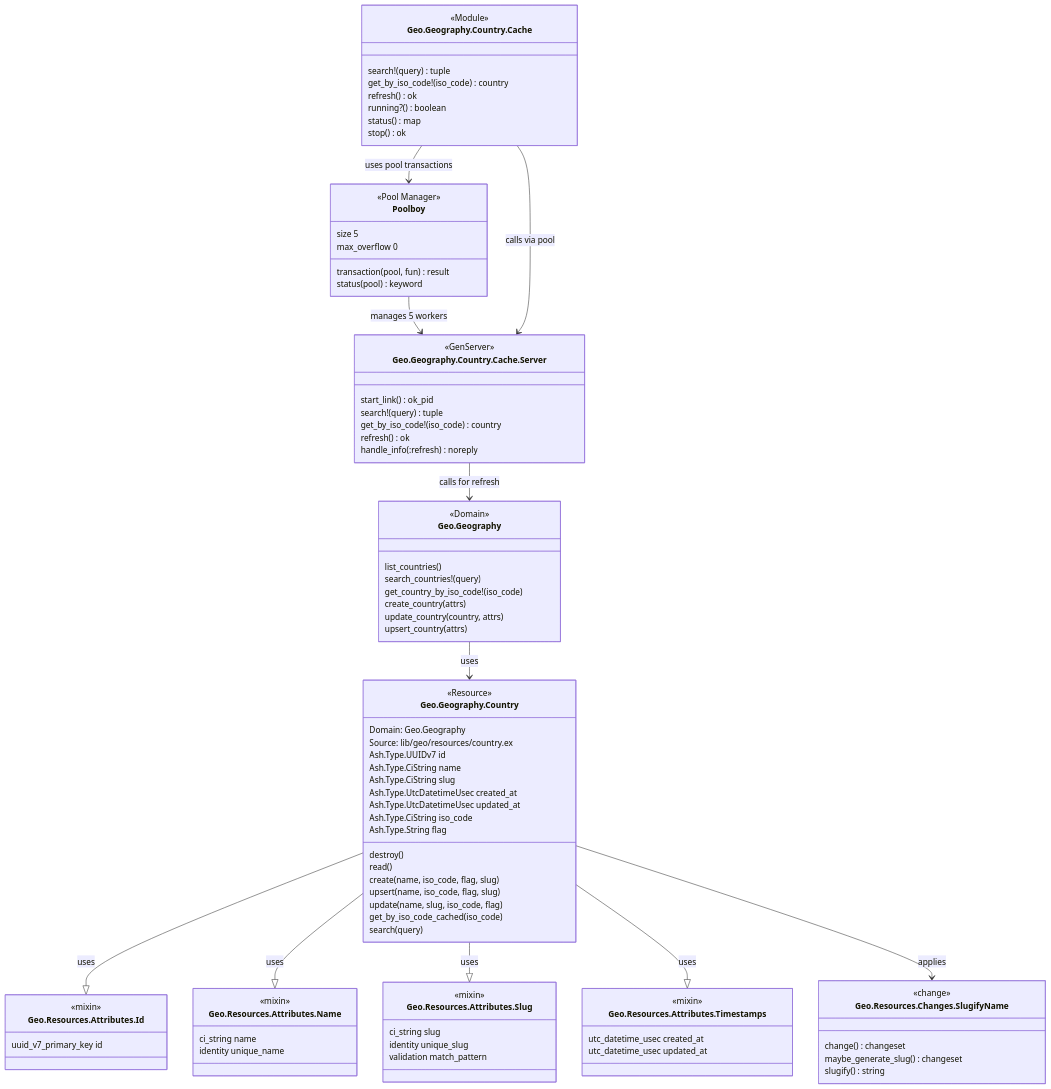
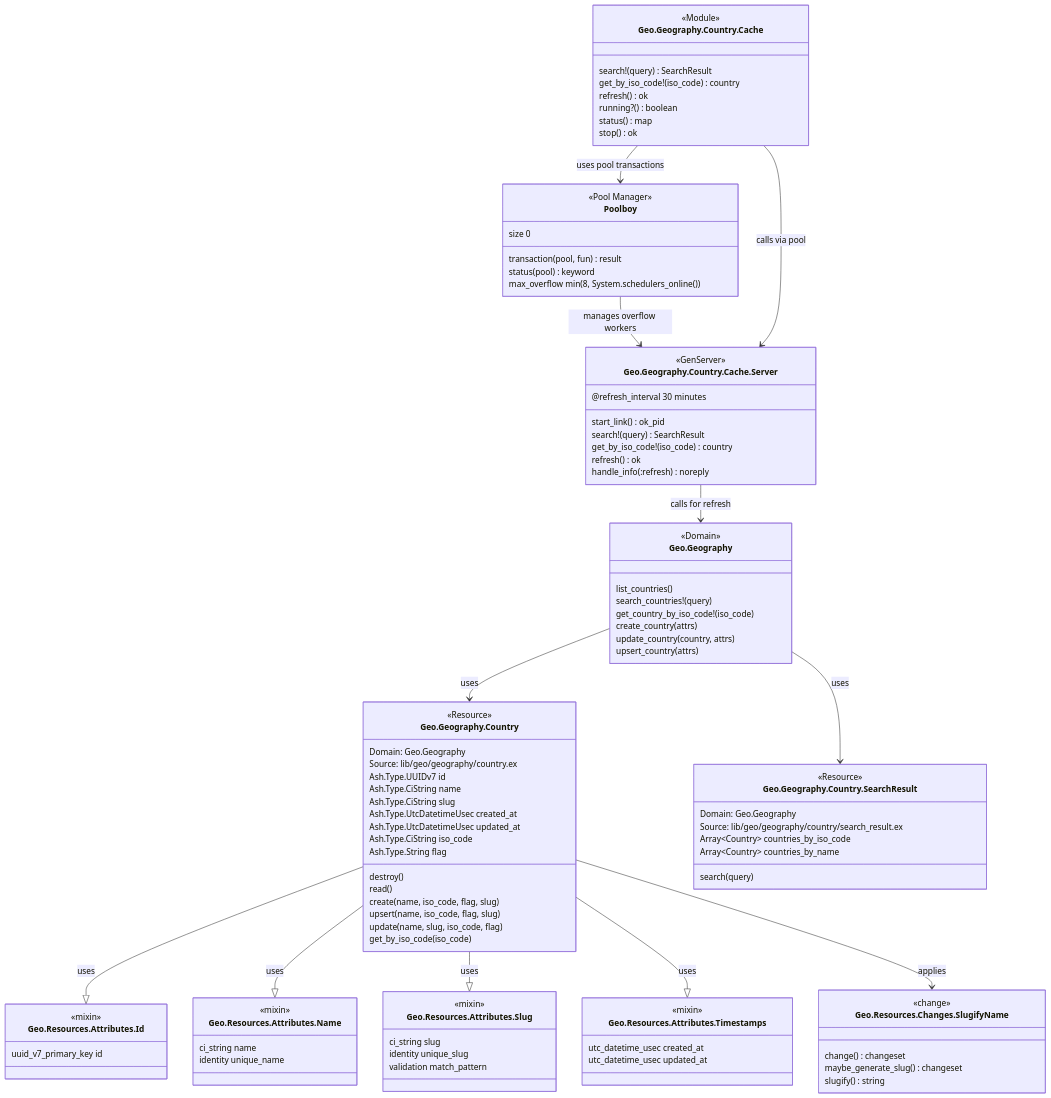
Before and after one commit to dev-guy/geo: the first of 6 diagrams in README.md, drawn with Mermaid. The commit also changed other lines of this file and 11 other files, not shown here.

````diff
--- a/README.md
+++ b/README.md
@@ -191,7 +212,7 @@
     class Geo.Geography.Country {
         <<Resource>>
         Domain: Geo.Geography
-        Source: lib/geo/resources/country.ex
+        Source: lib/geo/geography/country.ex
 
         Ash.Type.UUIDv7 id
         Ash.Type.CiString name
@@ -205,7 +226,16 @@
         create(name, iso_code, flag, slug)
         upsert(name, iso_code, flag, slug)
         update(name, slug, iso_code, flag)
-        get_by_iso_code_cached(iso_code)
+        get_by_iso_code(iso_code)
+    }
+    
+    class Geo.Geography.Country.SearchResult {
+        <<Resource>>
+        Domain: Geo.Geography
+        Source: lib/geo/geography/country/search_result.ex
+
+        Array~Country~ countries_by_iso_code
+        Array~Country~ countries_by_name
         search(query)
     }
     
@@ -242,7 +272,7 @@
     
     class Geo.Geography.Country.Cache {
         <<Module>>
-        search!(query) tuple
+        search!(query) SearchResult
         get_by_iso_code!(iso_code) country
         refresh() ok
         running?() boolean
@@ -253,28 +283,30 @@
     class Geo.Geography.Country.Cache.Server {
         <<GenServer>>
         start_link() ok_pid
-        search!(query) tuple
+        search!(query) SearchResult
         get_by_iso_code!(iso_code) country
         refresh() ok
         handle_info(:refresh) noreply
+        @refresh_interval 30 minutes
     }
     
     class Poolboy {
         <<Pool Manager>>
         transaction(pool, fun) result
         status(pool) keyword
-        size 5
-        max_overflow 0
+        size 0
+        max_overflow min(8, System.schedulers_online())
     }
     
     Geo.Geography --> Geo.Geography.Country : uses
+    Geo.Geography --> Geo.Geography.Country.SearchResult : uses
     Geo.Geography.Country --|> Geo.Resources.Attributes.Id : uses
     Geo.Geography.Country --|> Geo.Resources.Attributes.Name : uses
     Geo.Geography.Country --|> Geo.Resources.Attributes.Slug : uses
     Geo.Geography.Country --|> Geo.Resources.Attributes.Timestamps : uses
     Geo.Geography.Country --> Geo.Resources.Changes.SlugifyName : applies
     Geo.Geography.Country.Cache.Server --> Geo.Geography : calls for refresh
-    Poolboy --> Geo.Geography.Country.Cache.Server : manages 5 workers
+    Poolboy --> Geo.Geography.Country.Cache.Server : manages overflow workers
     Geo.Geography.Country.Cache --> Poolboy : uses pool transactions
     Geo.Geography.Country.Cache --> Geo.Geography.Country.Cache.Server : calls via pool
 ```
````
